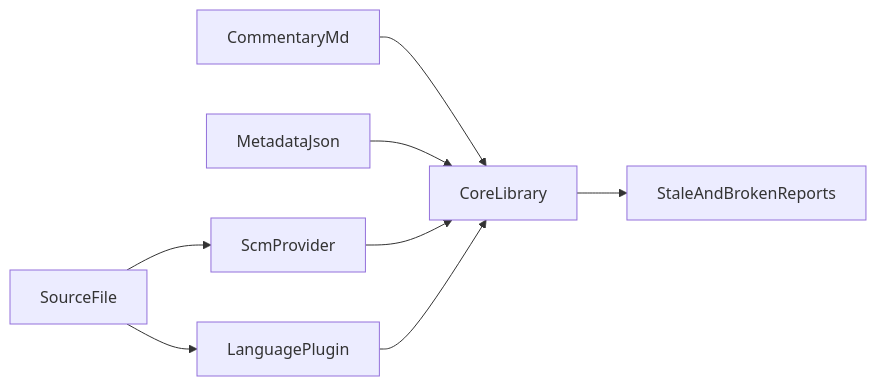
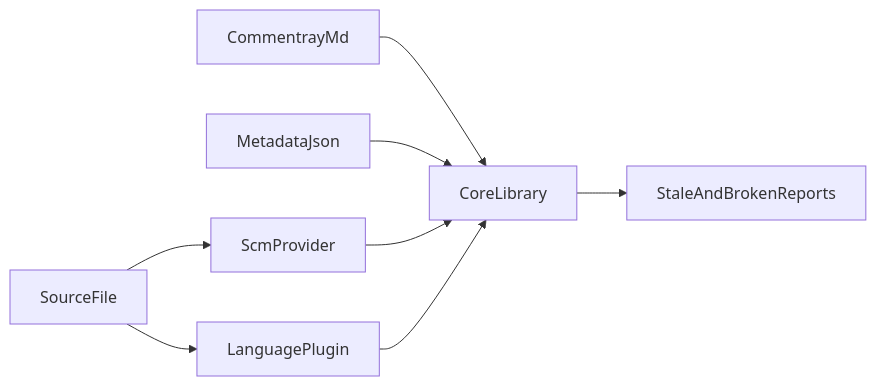
One commit to d-led/commentray changed the diagram in docs/plan/plan.md. Above: the diagram before and after it, drawn with Mermaid. The commit also changed other lines of this file and 70 other files, not shown here.

Commit message:
renamed commentary -> commentray

````diff
--- a/docs/plan/plan.md
+++ b/docs/plan/plan.md
@@ -70,16 +70,16 @@
 ```mermaid
 flowchart LR
   sourceFile[SourceFile]
-  mdFile[CommentaryMd]
+  mdFile[CommentrayMd]
   metaJson[MetadataJson]
   scm[ScmProvider]
   lang[LanguagePlugin]
   core[CoreLibrary]
   sourceFile --> scm
   sourceFile --> lang
   mdFile --> core
   metaJson --> core
   scm --> core
   lang --> core
   core --> diagnostics[StaleAndBrokenReports]
 ```
````
